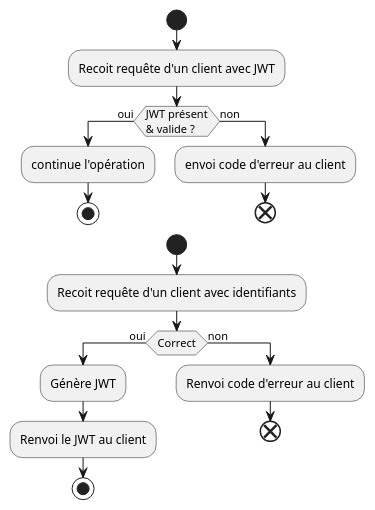
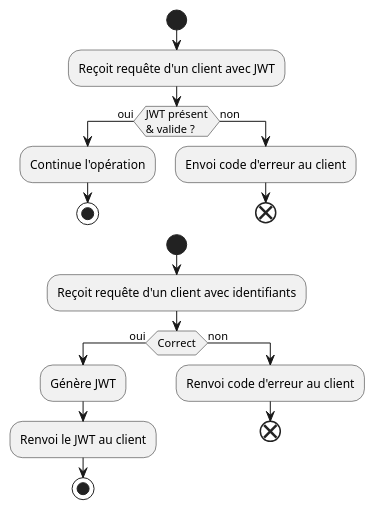
The diagram in AA2/Backend/auth_activity.plantuml (FocusCompany/Documents), drawn with PlantUML before and after one commit.

```diff
--- a/AA2/Backend/auth_activity.plantuml
+++ b/AA2/Backend/auth_activity.plantuml
@@ -1,28 +1,28 @@
 @startuml
 start
 
-:Recoit requête d'un client avec JWT;
+:Reçoit requête d'un client avec JWT;
 
 if (JWT présent\n& valide ?) then (oui)
-  :continue l'opération;
+  :Continue l'opération;
   stop
 else (non)
-  :envoi code d'erreur au client;
+  :Envoi code d'erreur au client;
   end
 endif
 
 
 ' JWT creation
 
 start
 
-:Recoit requête d'un client avec identifiants;
+:Reçoit requête d'un client avec identifiants;
 
 if (Correct) then (oui)
   :Génère JWT;
   :Renvoi le JWT au client;
   stop
 else (non)
   :Renvoi code d'erreur au client;
   end
 @enduml
```
